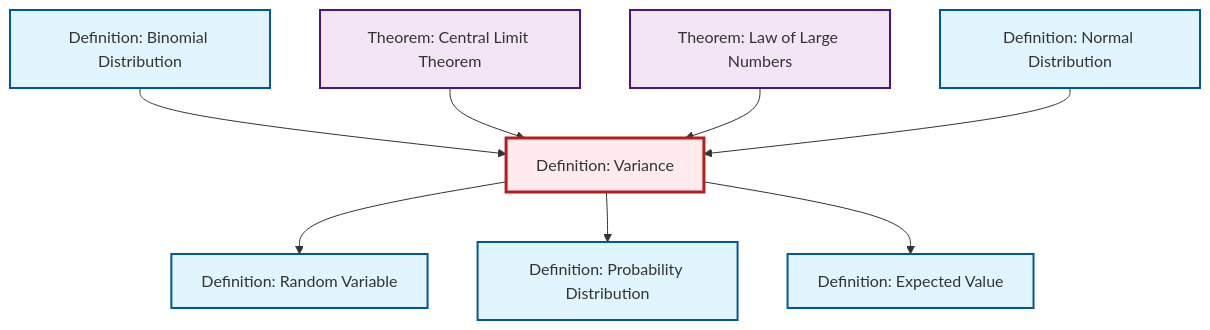
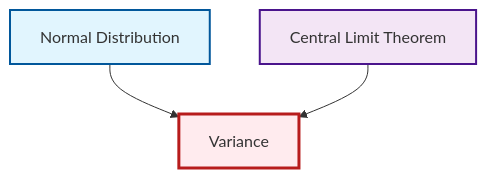
Before and after one commit to RK0429/ModernMath: the second of 2 diagrams in content/en/probability-statistics/def-variance.qmd, drawn with Mermaid. The commit also changed 328 other files, not shown here.

````diff
--- a/content/en/probability-statistics/def-variance.qmd
+++ b/content/en/probability-statistics/def-variance.qmd
@@ -102,32 +102,17 @@
 ```{mermaid}
 %%| fig-cap: "Local dependency graph"
 graph TD
     classDef definition fill:#e1f5fe,stroke:#01579b,stroke-width:2px
     classDef theorem fill:#f3e5f5,stroke:#4a148c,stroke-width:2px
     classDef axiom fill:#fff3e0,stroke:#e65100,stroke-width:2px
     classDef example fill:#e8f5e9,stroke:#1b5e20,stroke-width:2px
     classDef current fill:#ffebee,stroke:#b71c1c,stroke-width:3px
-    def-normal-distribution["Definition: Normal Distribution"]:::definition
-    def-binomial-distribution["Definition: Binomial Distribution"]:::definition
-    thm-law-of-large-numbers["Theorem: Law of Large Numbers"]:::theorem
-    def-expectation["Definition: Expected Value"]:::definition
-    def-probability-distribution["Definition: Probability Distribution"]:::definition
-    thm-central-limit["Theorem: Central Limit Theorem"]:::theorem
-    def-variance["Definition: Variance"]:::definition
-    def-random-variable["Definition: Random Variable"]:::definition
-    def-variance --> def-random-variable
-    def-variance --> def-probability-distribution
-    def-binomial-distribution --> def-variance
+    def-normal-distribution["Normal Distribution"]:::definition
+    def-variance["Variance"]:::definition
+    thm-central-limit["Central Limit Theorem"]:::theorem
+    def-normal-distribution --> def-variance
     thm-central-limit --> def-variance
-    thm-law-of-large-numbers --> def-variance
-    def-variance --> def-expectation
-    def-normal-distribution --> def-variance
     class def-variance current
-    click def-normal-distribution "def-normal-distribution.html" "Go to Normal Distribution definition"
-    click def-binomial-distribution "def-binomial-distribution.html" "Go to Binomial Distribution definition"
-    click thm-law-of-large-numbers "thm-law-of-large-numbers.html" "Go to Law of Large Numbers theorem"
-    click def-expectation "def-expectation.html" "Go to Expected Value definition"
-    click def-probability-distribution "def-probability-distribution.html" "Go to Probability Distribution definition"
-    click thm-central-limit "thm-central-limit.html" "Go to Central Limit Theorem theorem"
-    click def-random-variable "def-random-variable.html" "Go to Random Variable definition"
+    click def-normal-distribution "def-normal-distribution.html" "Go to Normal Distribution"
+    click thm-central-limit "thm-central-limit.html" "Go to Central Limit Theorem"
 ```
````
